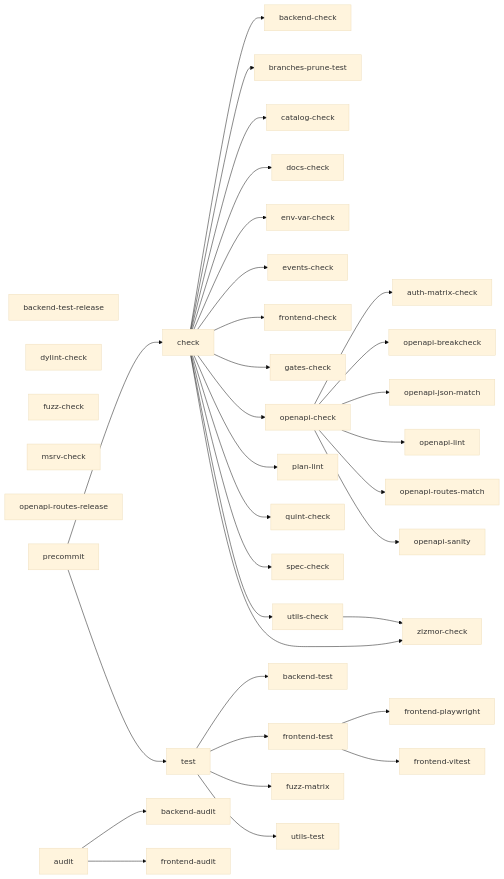
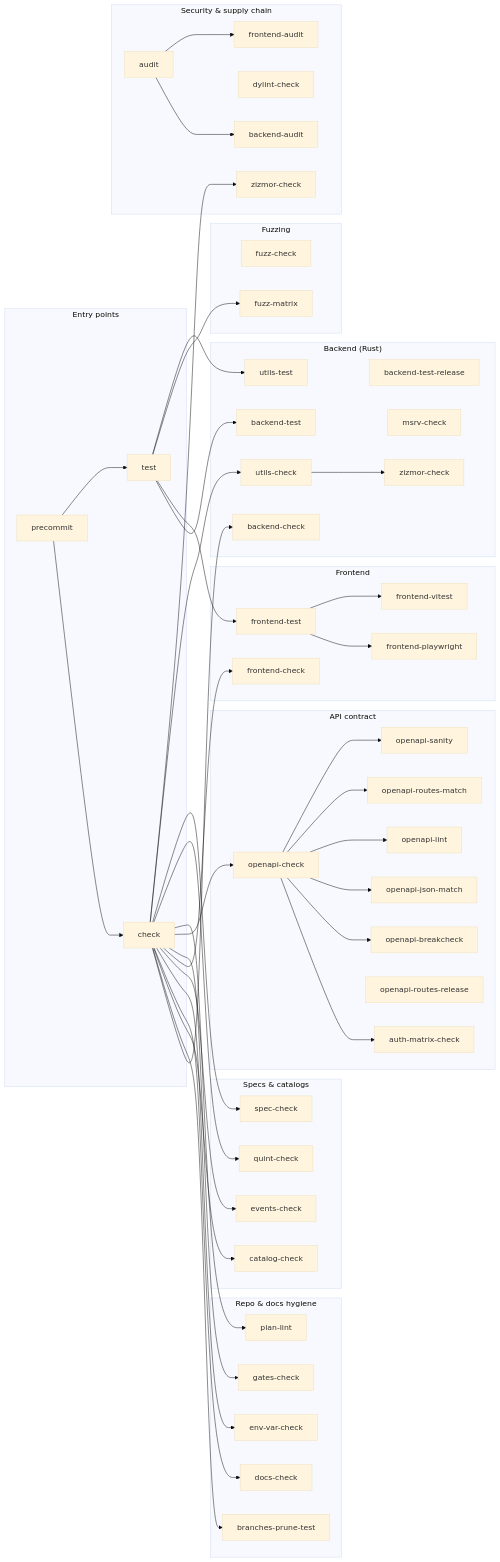
Before and after one commit to codesam88/picasu: the diagram in docs/quality-gates.md, drawn with Mermaid (base theme). The commit also changed 3 other files, not shown here.

First line of the commit message:
tooling: group the rule graph into family subgraphs

````diff
--- a/docs/quality-gates.md
+++ b/docs/quality-gates.md
@@ -7,10 +7,59 @@
 ```mermaid
 graph LR
-  backend-test-release
-  dylint-check
-  fuzz-check
-  msrv-check
-  openapi-routes-release
+  subgraph entry["Entry points"]
+    precommit
+    check
+    test
+  end
+  subgraph backend["Backend (Rust)"]
+    backend-check
+    backend-test
+    backend-test-release
+    msrv-check
+    utils-check
+    utils-test
+    zizmor-check-in-backend["zizmor-check"]
+  end
+  subgraph frontend["Frontend"]
+    frontend-check
+    frontend-playwright
+    frontend-test
+    frontend-vitest
+  end
+  subgraph api["API contract"]
+    auth-matrix-check
+    openapi-breakcheck
+    openapi-check
+    openapi-json-match
+    openapi-lint
+    openapi-routes-match
+    openapi-routes-release
+    openapi-sanity
+  end
+  subgraph security["Security & supply chain"]
+    audit
+    backend-audit
+    dylint-check
+    frontend-audit
+    zizmor-check
+  end
+  subgraph fuzzing["Fuzzing"]
+    fuzz-check
+    fuzz-matrix
+  end
+  subgraph specs["Specs & catalogs"]
+    catalog-check
+    events-check
+    quint-check
+    spec-check
+  end
+  subgraph repo["Repo & docs hygiene"]
+    branches-prune-test
+    docs-check
+    env-var-check
+    gates-check
+    plan-lint
+  end
   precommit --> check
   precommit --> test
   check --> backend-check
@@ -41,5 +90,5 @@
   openapi-check --> openapi-lint
   openapi-check --> openapi-routes-match
   openapi-check --> openapi-sanity
-  utils-check --> zizmor-check
+  utils-check --> zizmor-check-in-backend
 ```
````
